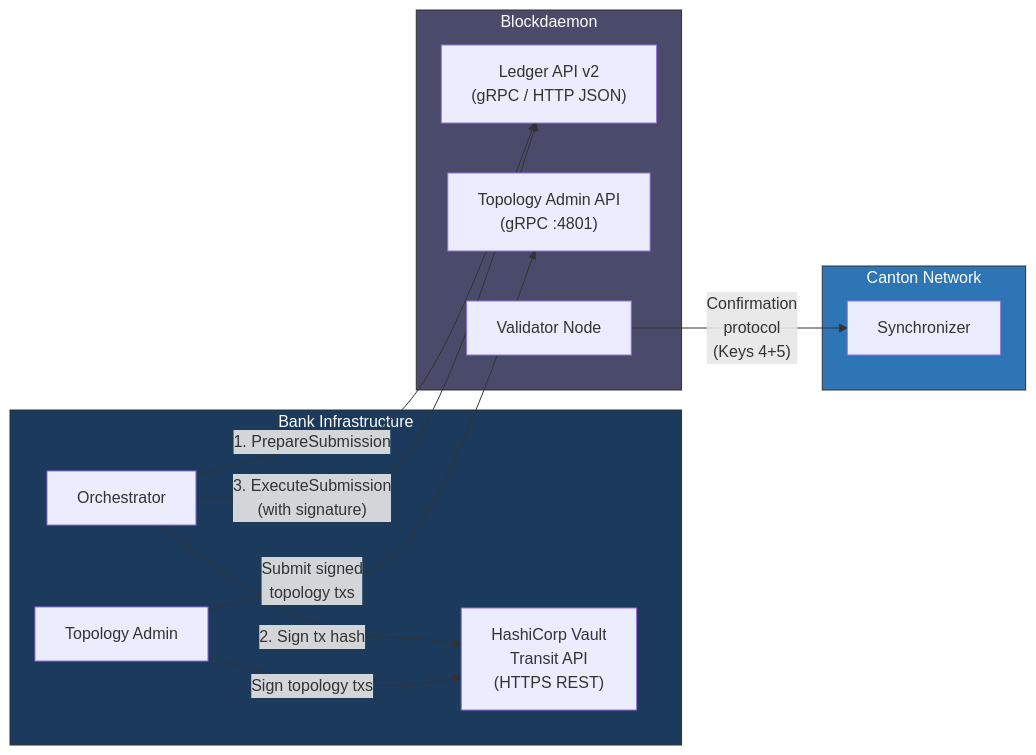
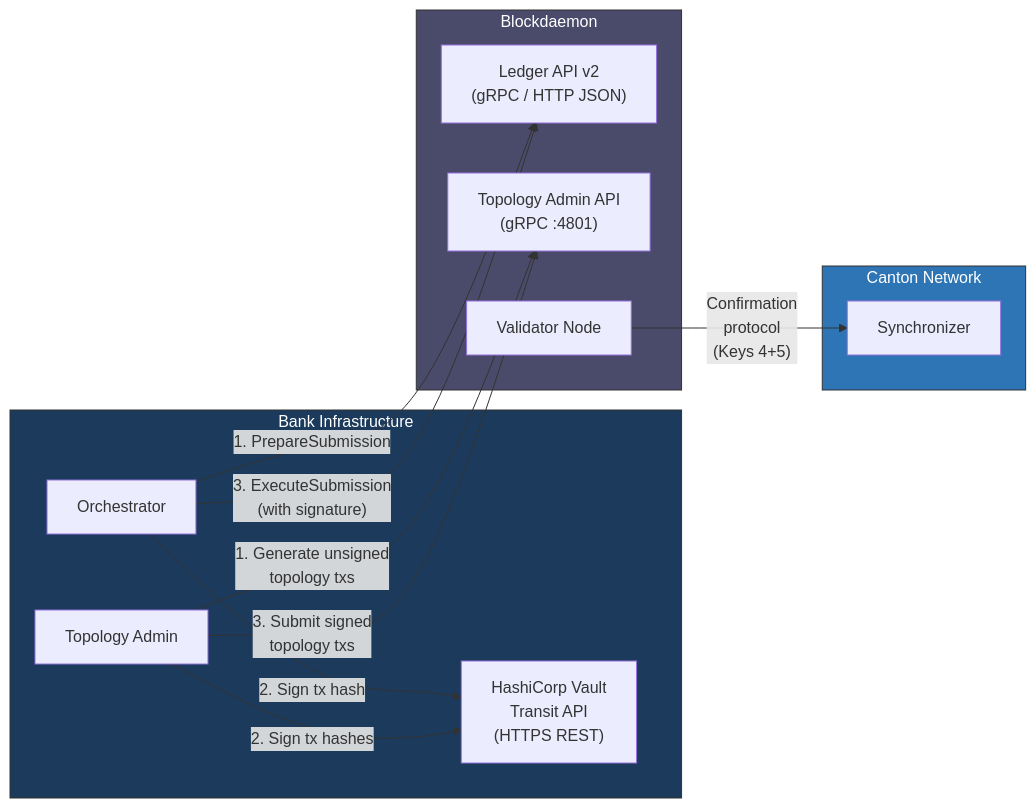
Before and after one commit to sickle5stone/canton: the seventh of 9 diagrams in onboarding-detailed.md, drawn with Mermaid. The commit also changed other lines of this file and 1 other file, not shown here.

````diff
--- a/onboarding-detailed.md
+++ b/onboarding-detailed.md
@@ -727,31 +1150,32 @@
 ```mermaid
 graph LR
     subgraph BANK["Bank Infrastructure"]
         Orch["Orchestrator"]
         TAdmin["Topology Admin"]
         Vault["HashiCorp Vault<br/>Transit API<br/>(HTTPS REST)"]
     end
 
     subgraph BD["Blockdaemon"]
         LedgerAPI["Ledger API v2<br/>(gRPC / HTTP JSON)"]
         TopoAPI["Topology Admin API<br/>(gRPC :4801)"]
         Validator["Validator Node"]
     end
 
     subgraph CANTON["Canton Network"]
         Seq["Synchronizer"]
     end
 
     Orch -->|"1. PrepareSubmission"| LedgerAPI
     Orch -->|"2. Sign tx hash"| Vault
     Orch -->|"3. ExecuteSubmission<br/>(with signature)"| LedgerAPI
 
-    TAdmin -->|"Sign topology txs"| Vault
-    TAdmin -->|"Submit signed<br/>topology txs"| TopoAPI
+    TAdmin -->|"1. Generate unsigned<br/>topology txs"| TopoAPI
+    TAdmin -->|"2. Sign tx hashes"| Vault
+    TAdmin -->|"3. Submit signed<br/>topology txs"| TopoAPI
 
     Validator -->|"Confirmation<br/>protocol<br/>(Keys 4+5)"| Seq
 
     style BANK fill:#1B3A5C,stroke:#333,color:#fff
     style BD fill:#4a4a6a,stroke:#333,color:#fff
     style CANTON fill:#2E75B6,stroke:#333,color:#fff
 ```
````
